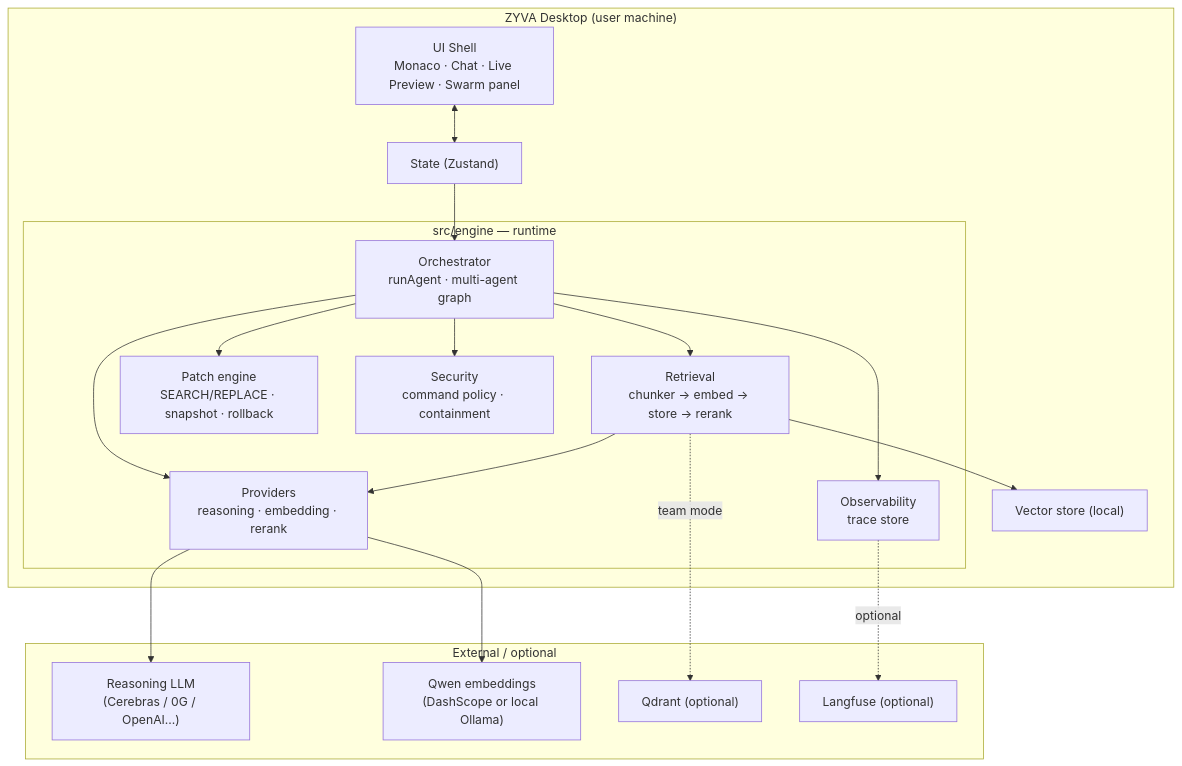
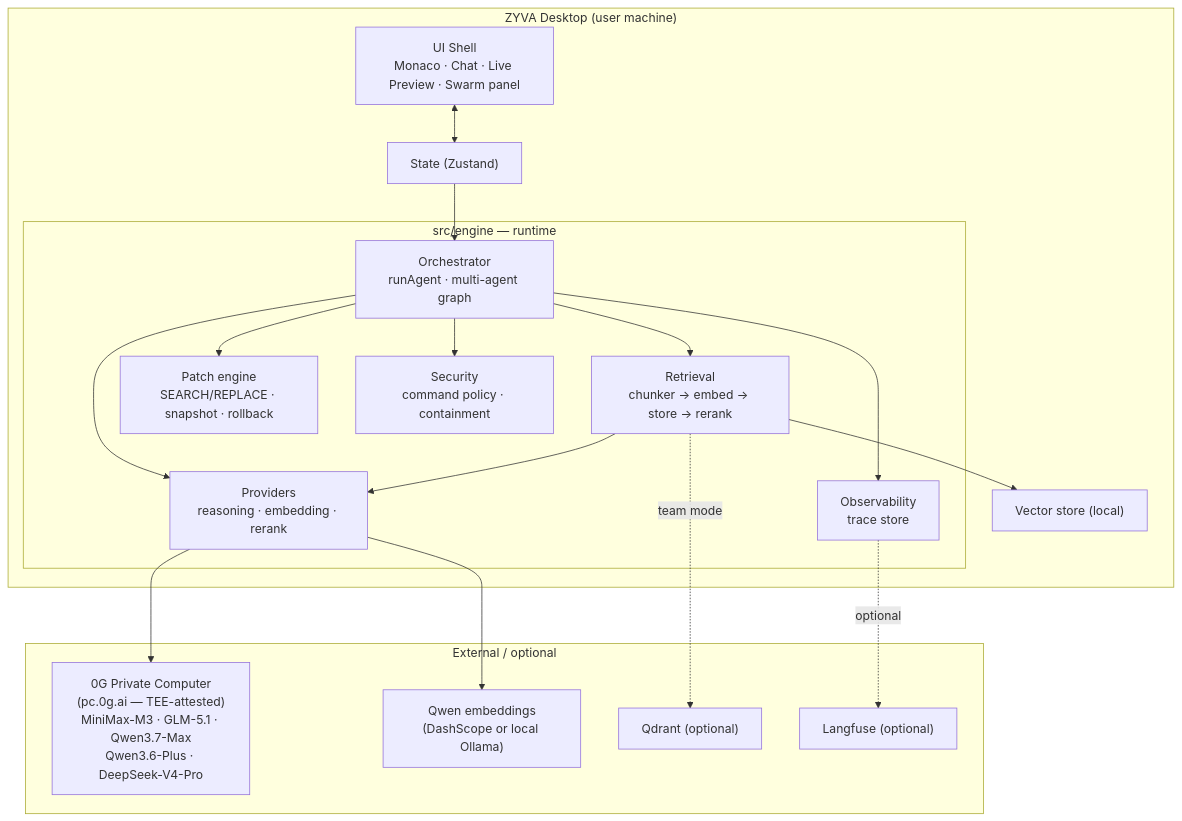
One commit to titanxlayer/zyva changed the first of 3 diagrams in README.md. Above: the diagram before and after it, drawn with Mermaid. The commit also changed other lines of this file, not shown here.

First line of the commit message:
docs: switch inference to 0G Private Computer, remove BYOK

````diff
--- a/README.md
+++ b/README.md
@@ -28,34 +31,34 @@
 ```mermaid
 flowchart TD
     subgraph Desktop["ZYVA Desktop (user machine)"]
         UI["UI Shell<br/>Monaco · Chat · Live Preview · Swarm panel"]
         Store["State (Zustand)"]
         subgraph Engine["src/engine — runtime"]
             Orch["Orchestrator<br/>runAgent · multi-agent graph"]
             Retr["Retrieval<br/>chunker → embed → store → rerank"]
             Patch["Patch engine<br/>SEARCH/REPLACE · snapshot · rollback"]
             Sec["Security<br/>command policy · containment"]
             Obs["Observability<br/>trace store"]
             Prov["Providers<br/>reasoning · embedding · rerank"]
         end
         VS["Vector store (local)"]
     end
 
     subgraph External["External / optional"]
-        LLM["Reasoning LLM<br/>(Cerebras / 0G / OpenAI…)"]
+        LLM["0G Private Computer<br/>(pc.0g.ai — TEE-attested)<br/>MiniMax-M3 · GLM-5.1 · Qwen3.7-Max<br/>Qwen3.6-Plus · DeepSeek-V4-Pro"]
         EMB["Qwen embeddings<br/>(DashScope or local Ollama)"]
         QD["Qdrant (optional)"]
         LF["Langfuse (optional)"]
     end
 
     UI <--> Store --> Orch
     Orch --> Retr --> Prov
     Orch --> Prov
     Prov --> LLM
     Prov --> EMB
     Retr --> VS
     Retr -. team mode .-> QD
     Orch --> Patch
     Orch --> Sec
     Orch --> Obs -. optional .-> LF
 ```
````
